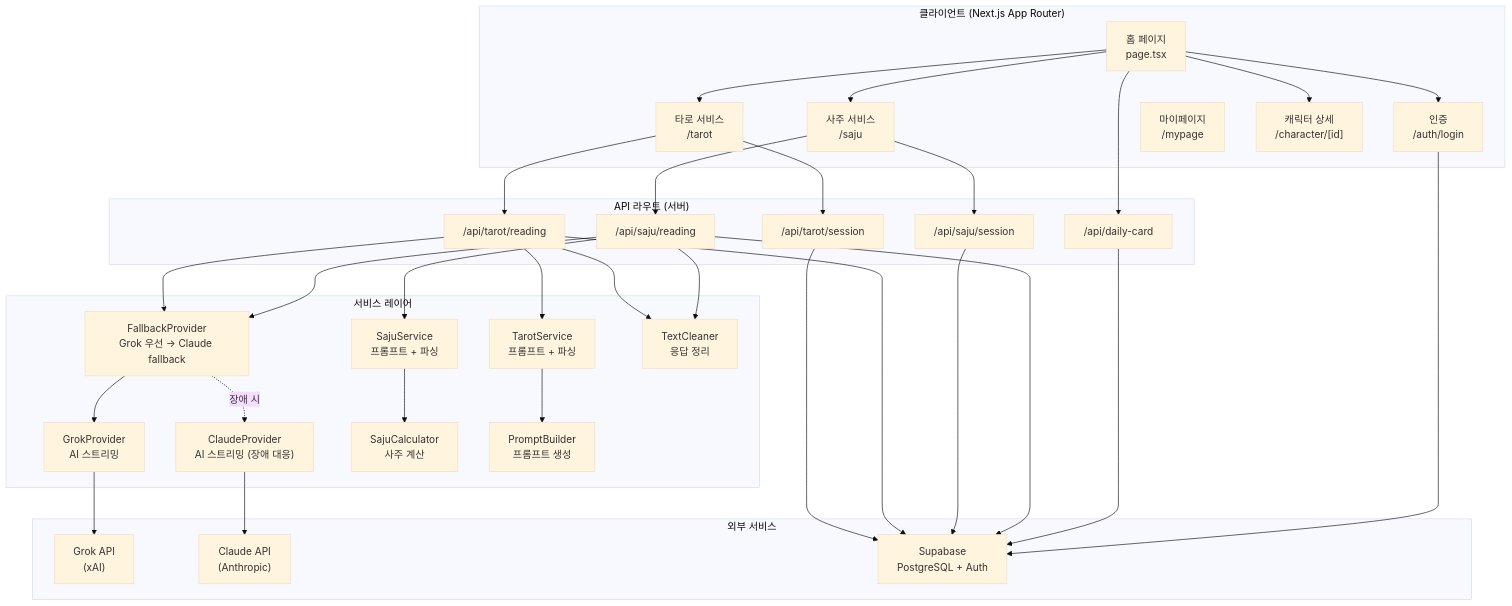
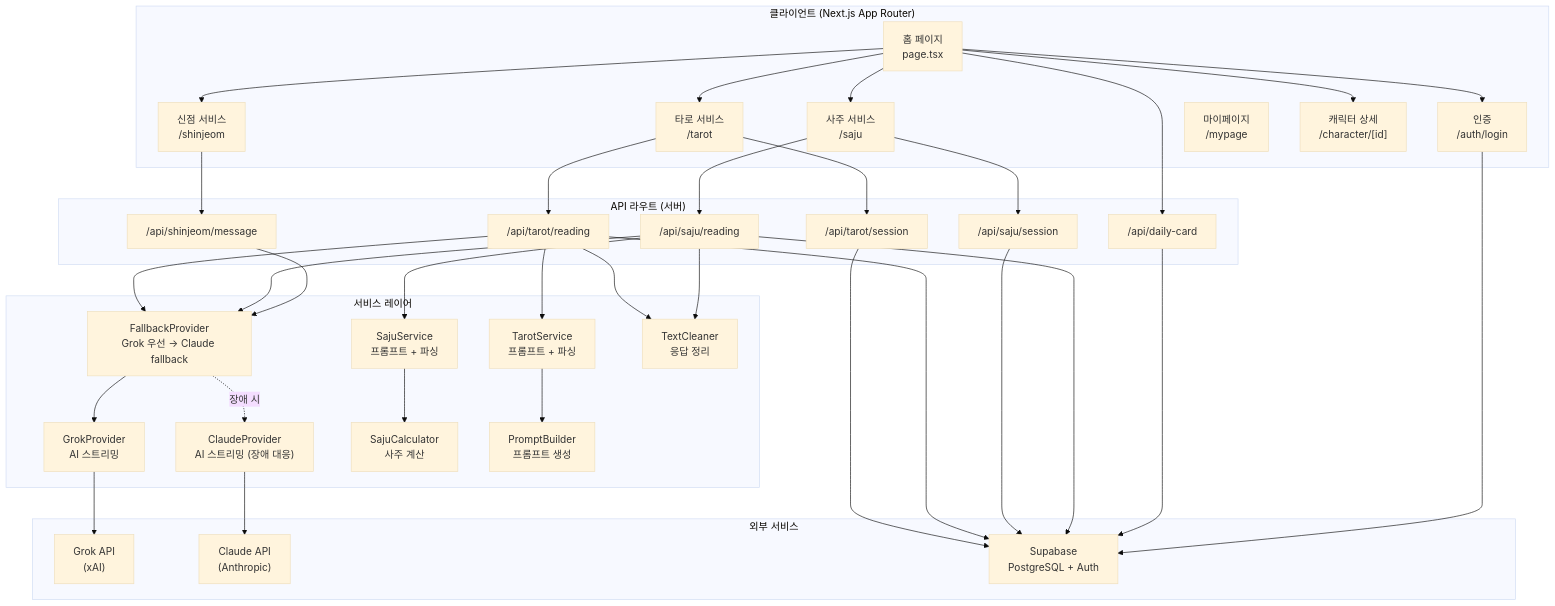
One commit to xzawed/ArcanaInsight changed the first of 13 diagrams in process.md. Above: the diagram before and after it, drawn with Mermaid (base theme). The commit also changed 2 other files, not shown here.

Commit message:
docs: 전체 문서 최종 동기화 — 신점 서비스 + E2E 121개 + 설정 페이지 (#74)
## CLAUDE.md
- 서비스 흐름에 신점 3단계 추가
- 토픽 목록 15→19개 (shinjeom-* 4개)
- 프로젝트 구조: shinjeom/ (API, 페이지, 서비스), settings/, useShinjeomSession, useSSEStream
- E2E: 9→18개 파일, 121개 테스트 (14개 파일 상세 기재)

## README.md
- 신점 상담 3단계 섹션 추가
- E2E 테스트: "18개 파일, 121개 테스트" 명시

## process.md
- 아키텍처 다이어그램에 SHINJEOM 노드 + API 라우트 추가

## .env.local.example
- TEST_USER 플레이스홀더 추가

````diff
--- a/process.md
+++ b/process.md
@@ -5,57 +5,61 @@
 ```mermaid
 graph TB
     subgraph Client["클라이언트 (Next.js App Router)"]
         HOME["홈 페이지<br/>page.tsx"]
         TAROT["타로 서비스<br/>/tarot"]
         SAJU["사주 서비스<br/>/saju"]
+        SHINJEOM["신점 서비스<br/>/shinjeom"]
         AUTH["인증<br/>/auth/login"]
         MYPAGE["마이페이지<br/>/mypage"]
         CHAR["캐릭터 상세<br/>/character/[id]"]
     end
 
     subgraph API["API 라우트 (서버)"]
         API_TAROT_SESSION["/api/tarot/session"]
         API_TAROT_READING["/api/tarot/reading"]
         API_SAJU_SESSION["/api/saju/session"]
         API_SAJU_READING["/api/saju/reading"]
+        API_SHINJEOM_MSG["/api/shinjeom/message"]
         API_DAILY["/api/daily-card"]
     end
 
     subgraph Services["서비스 레이어"]
         FALLBACK["FallbackProvider<br/>Grok 우선 → Claude fallback"]
         GROK["GrokProvider<br/>AI 스트리밍"]
         CLAUDE["ClaudeProvider<br/>AI 스트리밍 (장애 대응)"]
         TAROT_SVC["TarotService<br/>프롬프트 + 파싱"]
         SAJU_SVC["SajuService<br/>프롬프트 + 파싱"]
         SAJU_CALC["SajuCalculator<br/>사주 계산"]
         PROMPT["PromptBuilder<br/>프롬프트 생성"]
         CLEANER["TextCleaner<br/>응답 정리"]
     end
 
     subgraph External["외부 서비스"]
         GROK_API["Grok API<br/>(xAI)"]
         CLAUDE_API["Claude API<br/>(Anthropic)"]
         SUPABASE["Supabase<br/>PostgreSQL + Auth"]
     end
 
-    HOME --> TAROT & SAJU & AUTH & CHAR
+    HOME --> TAROT & SAJU & SHINJEOM & AUTH & CHAR
     TAROT --> API_TAROT_SESSION & API_TAROT_READING
     SAJU --> API_SAJU_SESSION & API_SAJU_READING
+    SHINJEOM --> API_SHINJEOM_MSG
     HOME --> API_DAILY
 
     API_TAROT_READING --> TAROT_SVC --> PROMPT
     API_TAROT_READING --> FALLBACK
     FALLBACK --> GROK --> GROK_API
     FALLBACK -.->|장애 시| CLAUDE --> CLAUDE_API
     API_TAROT_READING --> CLEANER
     API_SAJU_READING --> SAJU_SVC --> SAJU_CALC
     API_SAJU_READING --> FALLBACK
     API_SAJU_READING --> CLEANER
+    API_SHINJEOM_MSG --> FALLBACK
 
     API_TAROT_SESSION --> SUPABASE
     API_TAROT_READING --> SUPABASE
     API_SAJU_SESSION --> SUPABASE
     API_SAJU_READING --> SUPABASE
     API_DAILY --> SUPABASE
     AUTH --> SUPABASE
 ```
````
